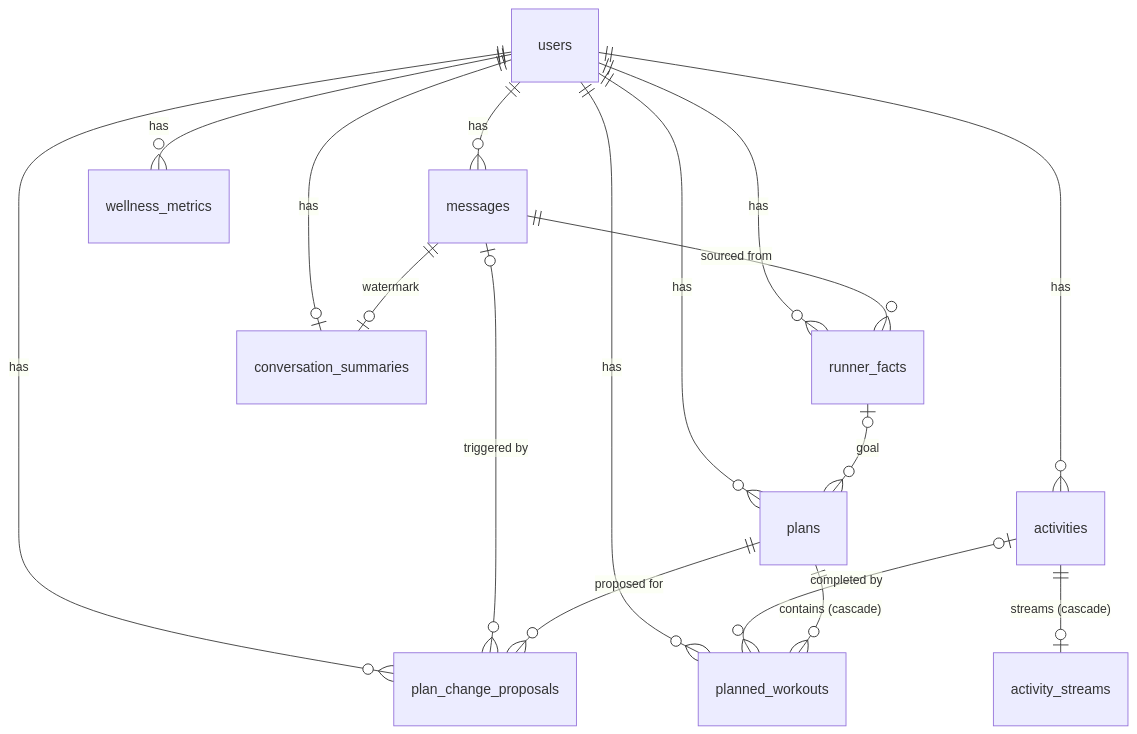
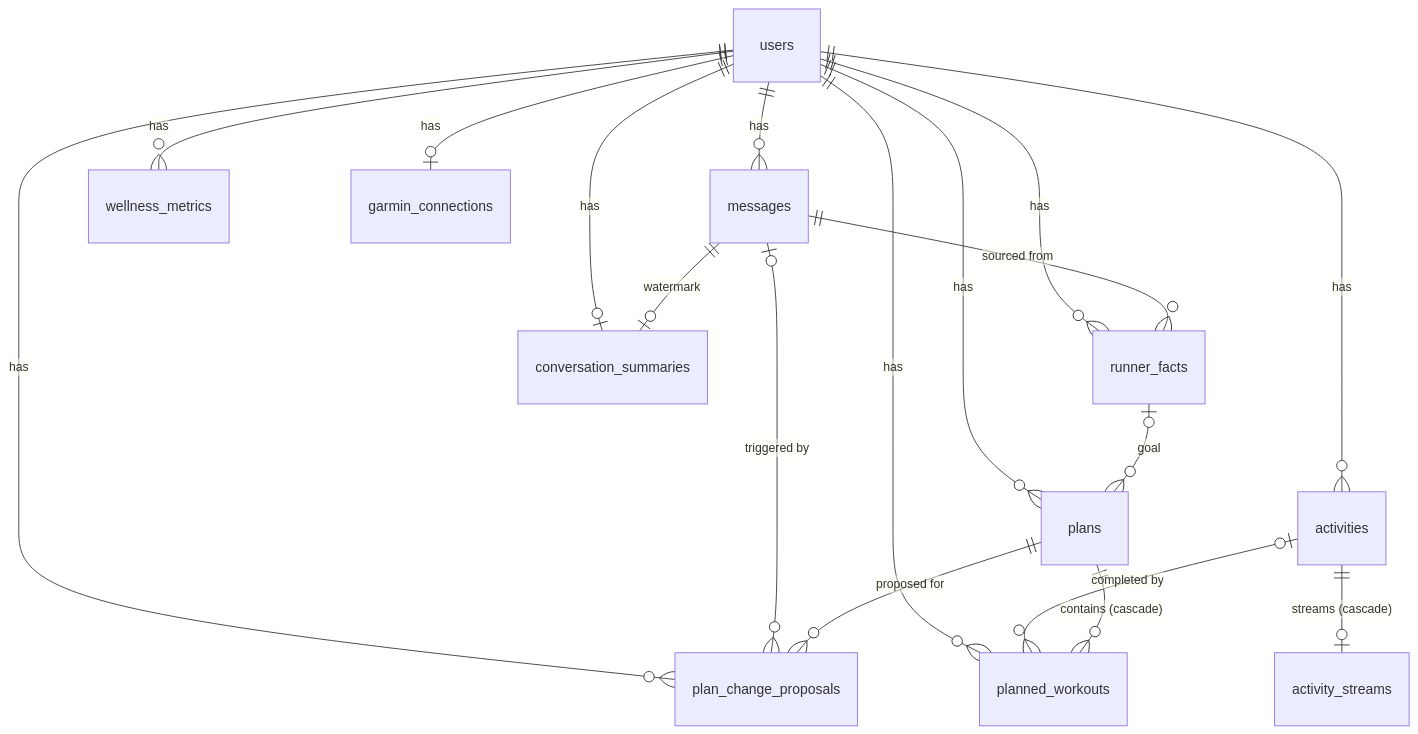
Before and after one commit to dbut2/coach: the diagram in docs/schema.md, drawn with Mermaid. The commit also changed 18 other files, not shown here.

````diff
--- a/docs/schema.md
+++ b/docs/schema.md
@@ -11,23 +11,24 @@
 ```mermaid
 erDiagram
     users ||--o{ activities : has
     users ||--o{ messages : has
     users ||--o{ runner_facts : has
     users ||--o{ plans : has
     users ||--o{ planned_workouts : has
     users ||--o{ plan_change_proposals : has
     users ||--o{ wellness_metrics : has
+    users ||--o| garmin_connections : has
     users ||--o| conversation_summaries : has
 
     activities ||--o| activity_streams : "streams (cascade)"
     activities |o--o{ planned_workouts : "completed by"
 
     messages ||--o| conversation_summaries : watermark
     messages ||--o{ runner_facts : "sourced from"
     messages |o--o{ plan_change_proposals : "triggered by"
 
     runner_facts |o--o{ plans : goal
 
     plans ||--o{ planned_workouts : "contains (cascade)"
     plans ||--o{ plan_change_proposals : "proposed for"
 ```
````
